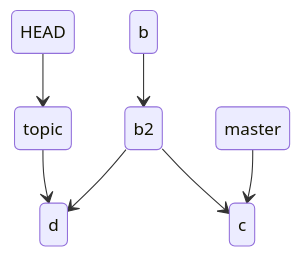
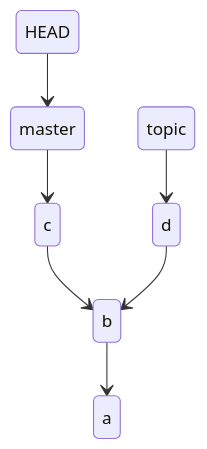
One commit to dhay3/archiVe changed the third of 11 diagrams in Docs/Ops/Git/cli/git merge.md. Above: the diagram before and after it, drawn with Mermaid. The commit also changed other lines of this file and 9 other files, not shown here.

````diff
--- a/Docs/Ops/Git/cli/git merge.md
+++ b/Docs/Ops/Git/cli/git merge.md
@@ -270,9 +245,9 @@
 ```mermaid
 stateDiagram-v2
-	b-->b2
-	b2-->c
-	b2-->d
-	HEAD-->topic
+	b-->a
+	c-->b
+	d-->b
+	HEAD-->master
+	master-->c
 	topic-->d
-	master-->c
 ```
````
